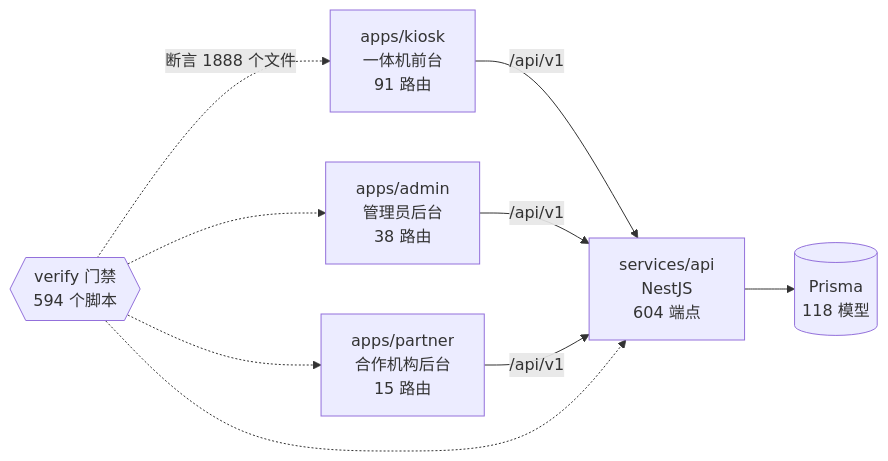
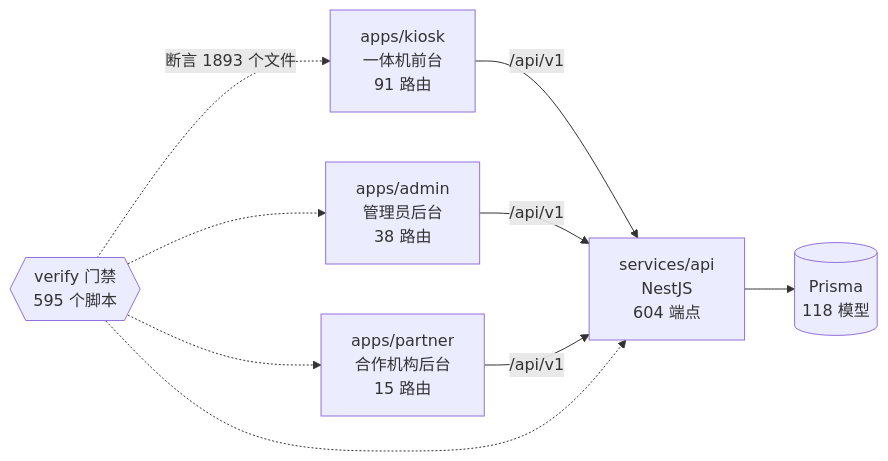
Before and after one commit to wanglei581/YITIJI: the diagram in docs/graph/README.md, drawn with Mermaid. The commit also changed other lines of this file and 2 other files, not shown here.

First line of the commit message:
图谱：重新生成 docs/graph（新增屏上扫描引擎门禁与底座文件）

````diff
--- a/docs/graph/README.md
+++ b/docs/graph/README.md
@@ -68,18 +68,18 @@
 ```mermaid
 flowchart LR
   kiosk["apps/kiosk<br/>一体机前台<br/>91 路由"]
   admin["apps/admin<br/>管理员后台<br/>38 路由"]
   partner["apps/partner<br/>合作机构后台<br/>15 路由"]
   api["services/api<br/>NestJS<br/>604 端点"]
   db[("Prisma<br/>118 模型")]
-  gates{{"verify 门禁<br/>594 个脚本"}}
+  gates{{"verify 门禁<br/>595 个脚本"}}
 
   kiosk -->|"/api/v1"| api
   admin -->|"/api/v1"| api
   partner -->|"/api/v1"| api
   api --> db
-  gates -.->|"断言 1888 个文件"| kiosk
+  gates -.->|"断言 1893 个文件"| kiosk
   gates -.-> admin
   gates -.-> partner
   gates -.-> api
 ```
````
